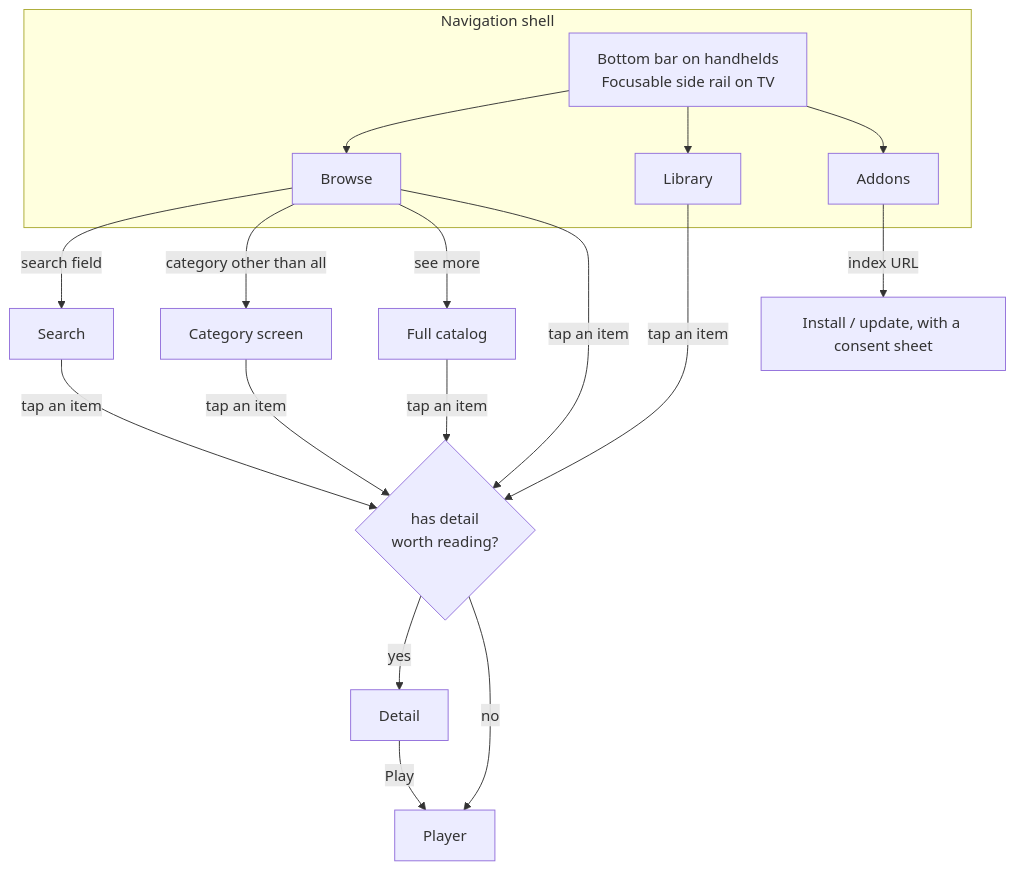
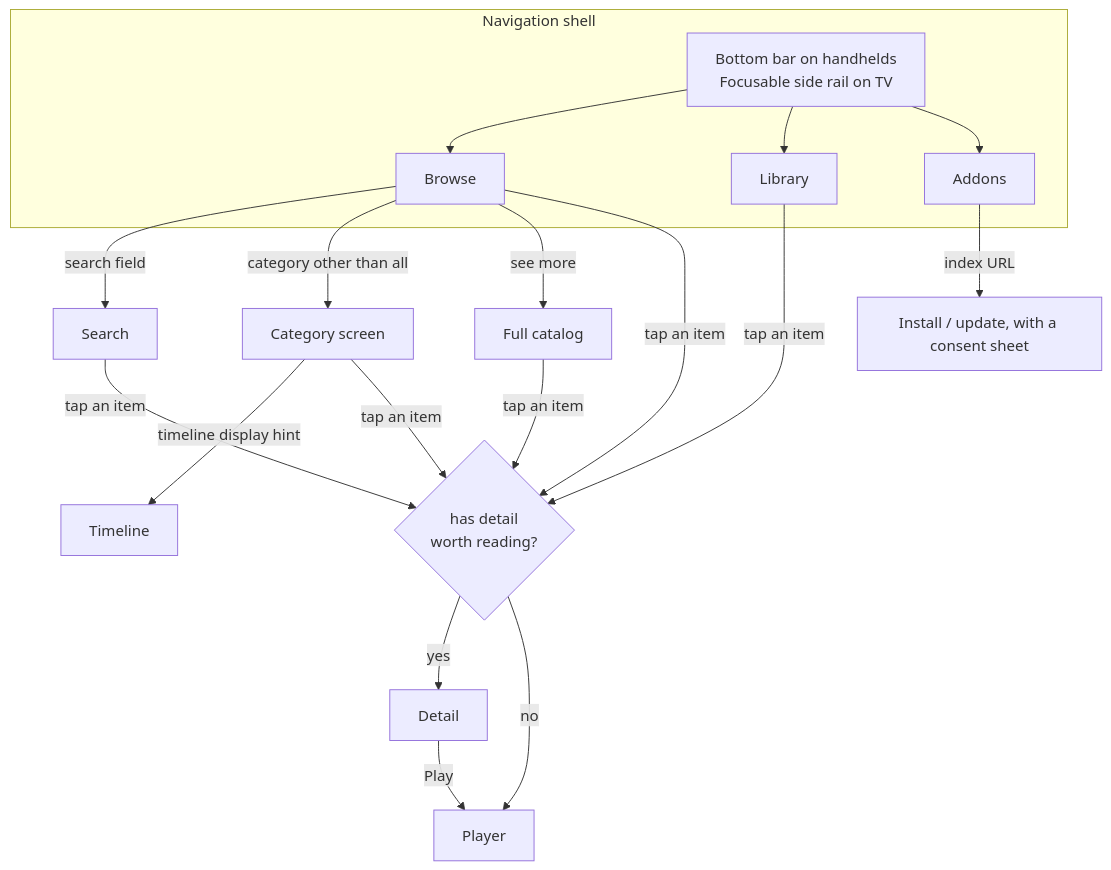
Before and after one commit to nimbusfvck/fvcksubs: the second of 6 diagrams in docs/06-app-layer.md, drawn with Mermaid. The commit also changed other lines of this file and 115 other files, not shown here.

````diff
--- a/docs/06-app-layer.md
+++ b/docs/06-app-layer.md
@@ -52,18 +52,19 @@
 ```mermaid
 flowchart TB
     subgraph SHELL["Navigation shell"]
         NAV["Bottom bar on handhelds<br/>Focusable side rail on TV"]
         NAV --> B["Browse"]
         NAV --> L["Library"]
         NAV --> A["Addons"]
     end
 
     B -->|search field| S["Search"]
     B -->|category other than all| CP["Category screen"]
+    CP -->|timeline display hint| LT["Timeline"]
     B -->|see more| CV["Full catalog"]
     B & CP & S & CV & L -->|tap an item| RT{"has detail<br/>worth reading?"}
     RT -->|yes| D["Detail"]
     RT -->|no| P["Player"]
     D -->|Play| P
     A -->|index URL| I["Install / update, with a consent sheet"]
 ```
````
